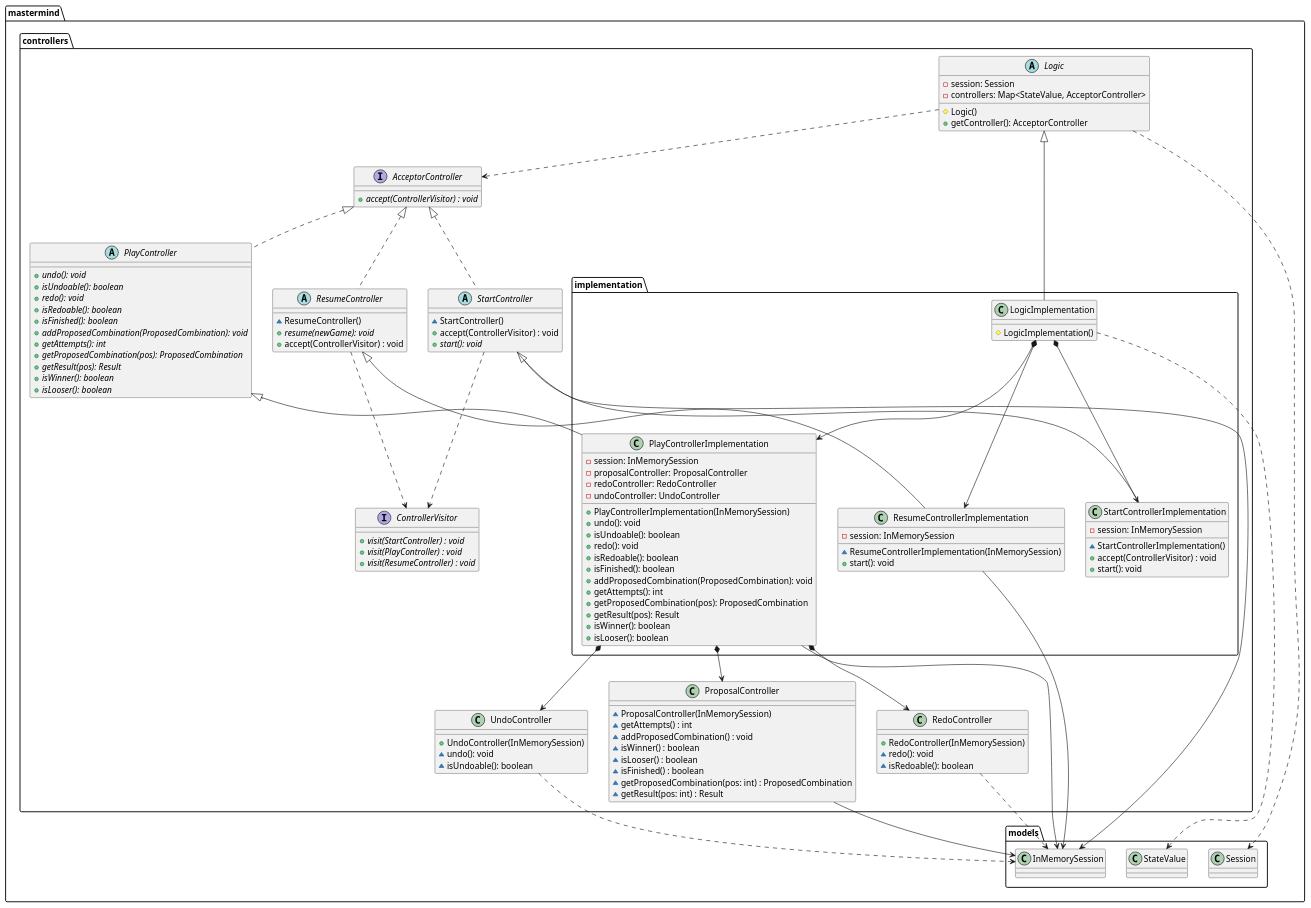
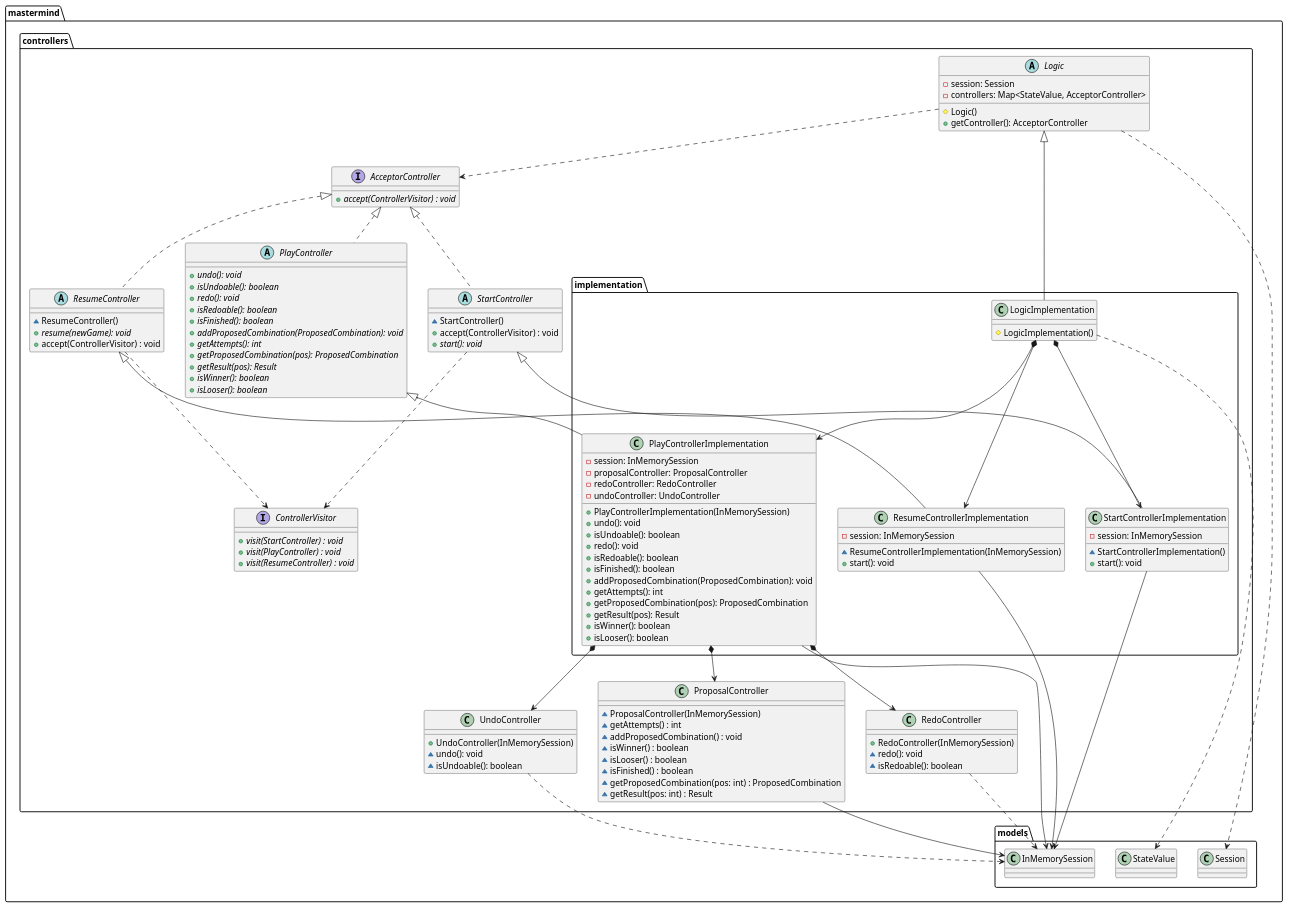
The diagram in mastermind.controllers.puml (juanaviladev/dcs-mastermind), drawn with PlantUML before and after one commit. The commit also changed 4 other files, not shown here.

Commit message:
Update StartController to abstract

```diff
--- a/mastermind.controllers.puml
+++ b/mastermind.controllers.puml
@@ -1,130 +1,129 @@
 @startuml
 
 top to bottom direction
 
 interface mastermind.controllers.AcceptorController {
     + {abstract} accept(ControllerVisitor) : void
 }
 interface mastermind.controllers.ControllerVisitor {
      + {abstract} visit(StartController) : void
      + {abstract} visit(PlayController) : void
      + {abstract} visit(ResumeController) : void
 }
 
 class mastermind.controllers.RedoController {
     + RedoController(InMemorySession)
     ~ redo(): void
     ~ isRedoable(): boolean
 }
 mastermind.controllers.RedoController ..> mastermind.models.InMemorySession
 
 class mastermind.controllers.UndoController {
     + UndoController(InMemorySession)
     ~ undo(): void
     ~ isUndoable(): boolean
 }
 mastermind.controllers.UndoController ..> mastermind.models.InMemorySession
 
 class mastermind.controllers.ProposalController {
     ~ ProposalController(InMemorySession)
     ~ getAttempts() : int
     ~ addProposedCombination() : void
     ~ isWinner() : boolean
     ~ isLooser() : boolean
     ~ isFinished() : boolean
     ~ getProposedCombination(pos: int) : ProposedCombination
     ~ getResult(pos: int) : Result
 }
 mastermind.controllers.ProposalController --> mastermind.models.InMemorySession
 
 abstract class mastermind.controllers.PlayController {
     + {abstract} undo(): void
     + {abstract} isUndoable(): boolean
     + {abstract} redo(): void
     + {abstract} isRedoable(): boolean
     + {abstract} isFinished(): boolean
     + {abstract} addProposedCombination(ProposedCombination): void
     + {abstract} getAttempts(): int
     + {abstract} getProposedCombination(pos): ProposedCombination
     + {abstract} getResult(pos): Result
     + {abstract} isWinner(): boolean
     + {abstract} isLooser(): boolean
 }
 mastermind.controllers.AcceptorController <|.. mastermind.controllers.PlayController
 
 class mastermind.controllers.implementation.PlayControllerImplementation {
     - session: InMemorySession
     - proposalController: ProposalController
     - redoController: RedoController
     - undoController: UndoController
     + PlayControllerImplementation(InMemorySession)
     + undo(): void
     + isUndoable(): boolean
     + redo(): void
     + isRedoable(): boolean
     + isFinished(): boolean
     + addProposedCombination(ProposedCombination): void
     + getAttempts(): int
     + getProposedCombination(pos): ProposedCombination
     + getResult(pos): Result
     + isWinner(): boolean
     + isLooser(): boolean
 }
 mastermind.controllers.PlayController <|-- mastermind.controllers.implementation.PlayControllerImplementation
 mastermind.controllers.implementation.PlayControllerImplementation --> mastermind.models.InMemorySession
 mastermind.controllers.implementation.PlayControllerImplementation *--> mastermind.controllers.ProposalController
 mastermind.controllers.implementation.PlayControllerImplementation *--> mastermind.controllers.UndoController
 mastermind.controllers.implementation.PlayControllerImplementation *--> mastermind.controllers.RedoController
 
 abstract class mastermind.controllers.ResumeController {
    ~ ResumeController()
    + {abstract} resume(newGame): void
    + accept(ControllerVisitor) : void
 }
 mastermind.controllers.AcceptorController <|.. mastermind.controllers.ResumeController
 mastermind.controllers.ResumeController ..> mastermind.controllers.ControllerVisitor
 
 class mastermind.controllers.implementation.ResumeControllerImplementation {
     - session: InMemorySession
     ~ ResumeControllerImplementation(InMemorySession)
     + start(): void
  }
 mastermind.controllers.ResumeController <|-- mastermind.controllers.implementation.ResumeControllerImplementation
 mastermind.controllers.implementation.ResumeControllerImplementation ---> mastermind.models.InMemorySession
 
 abstract class mastermind.controllers.StartController {
    ~ StartController()
    + accept(ControllerVisitor) : void
    + {abstract} start(): void
 }
 mastermind.controllers.AcceptorController <|.. mastermind.controllers.StartController
 mastermind.controllers.StartController ..> mastermind.controllers.ControllerVisitor
 
 class mastermind.controllers.implementation.StartControllerImplementation {
     - session: InMemorySession
    ~ StartControllerImplementation()
-   + accept(ControllerVisitor) : void
    + start(): void
 }
 mastermind.controllers.StartController <|-- mastermind.controllers.implementation.StartControllerImplementation
-mastermind.controllers.StartController --> mastermind.models.InMemorySession
+mastermind.controllers.implementation.StartControllerImplementation --> mastermind.models.InMemorySession
 
 abstract class mastermind.controllers.Logic {
     - session: Session
     - controllers: Map<StateValue, AcceptorController>
     # Logic()
     + getController(): AcceptorController
 }
 mastermind.controllers.Logic ..> mastermind.controllers.AcceptorController
 mastermind.controllers.Logic ..> mastermind.models.Session
 
 class mastermind.controllers.implementation.LogicImplementation {
     # LogicImplementation()
 }
 mastermind.controllers.Logic <|-- mastermind.controllers.implementation.LogicImplementation
 mastermind.controllers.implementation.LogicImplementation *--> mastermind.controllers.implementation.PlayControllerImplementation
 mastermind.controllers.implementation.LogicImplementation *--> mastermind.controllers.implementation.StartControllerImplementation
 mastermind.controllers.implementation.LogicImplementation *--> mastermind.controllers.implementation.ResumeControllerImplementation
 mastermind.controllers.implementation.LogicImplementation ..> mastermind.models.StateValue
 
 @enduml
```
